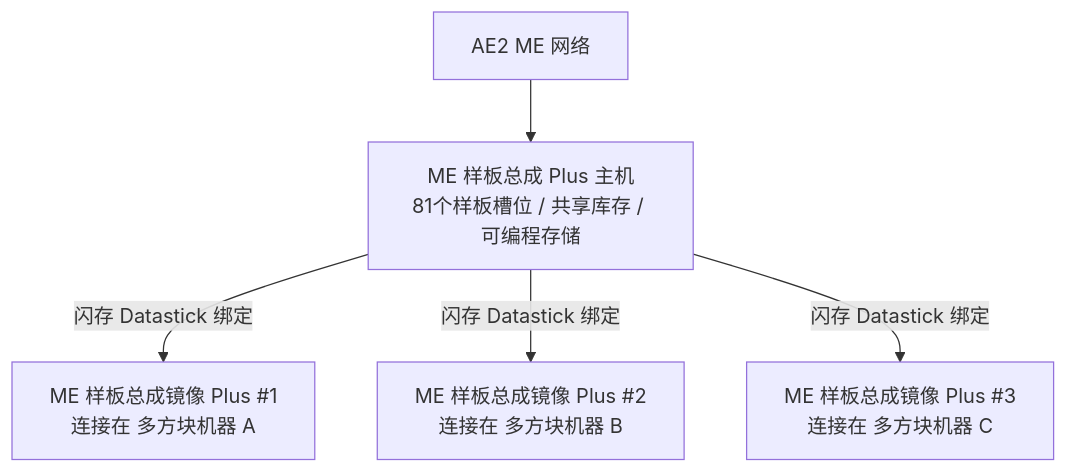
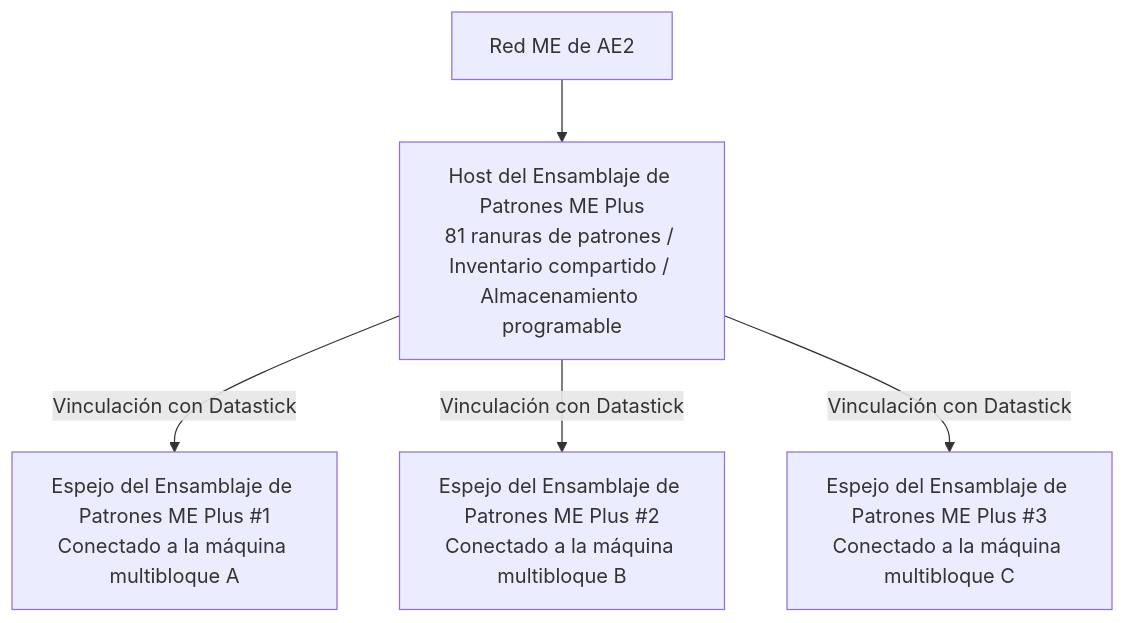
One commit to takanashisatou/GregtechEasy-Docs changed the diagram in docs/es/gtecore/ae2-integration.md. Above: the diagram before and after it, drawn with Mermaid. The commit also changed other lines of this file and 99 other files, not shown here.

````diff
--- a/docs/es/gtecore/ae2-integration.md
+++ b/docs/es/gtecore/ae2-integration.md
@@ -13,7 +13,7 @@
 ```mermaid
 graph TD
-    A[AE2 ME 网络] --> B[ME 样板总成 Plus 主机<br/>81个样板槽位 / 共享库存 / 可编程存储]
-    B -->|闪存 Datastick 绑定| C[ME 样板总成镜像 Plus #1<br/>连接在 多方块机器 A]
-    B -->|闪存 Datastick 绑定| D[ME 样板总成镜像 Plus #2<br/>连接在 多方块机器 B]
-    B -->|闪存 Datastick 绑定| E[ME 样板总成镜像 Plus #3<br/>连接在 多方块机器 C]
+    A[Red ME de AE2] --> B[Host del Ensamblaje de Patrones ME Plus<br/>81 ranuras de patrones / Inventario compartido / Almacenamiento programable]
+    B -->|Vinculación con Datastick| C[Espejo del Ensamblaje de Patrones ME Plus #1<br/>Conectado a la máquina multibloque A]
+    B -->|Vinculación con Datastick| D[Espejo del Ensamblaje de Patrones ME Plus #2<br/>Conectado a la máquina multibloque B]
+    B -->|Vinculación con Datastick| E[Espejo del Ensamblaje de Patrones ME Plus #3<br/>Conectado a la máquina multibloque C]
 ```
````
